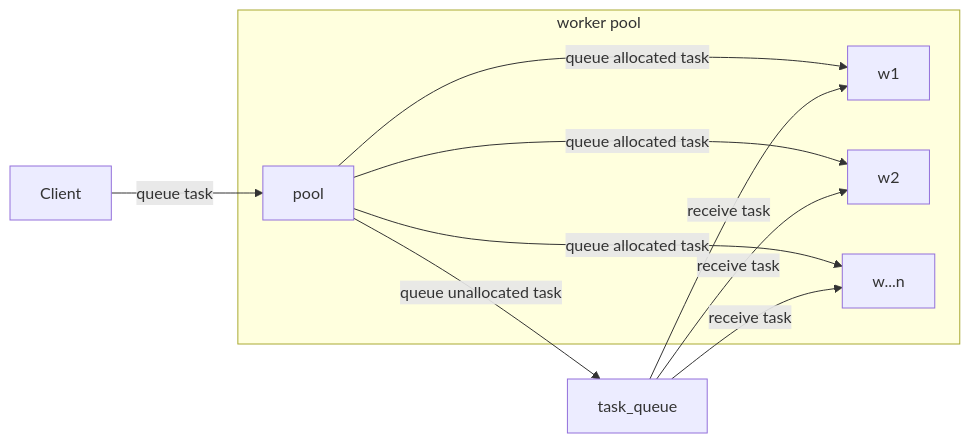
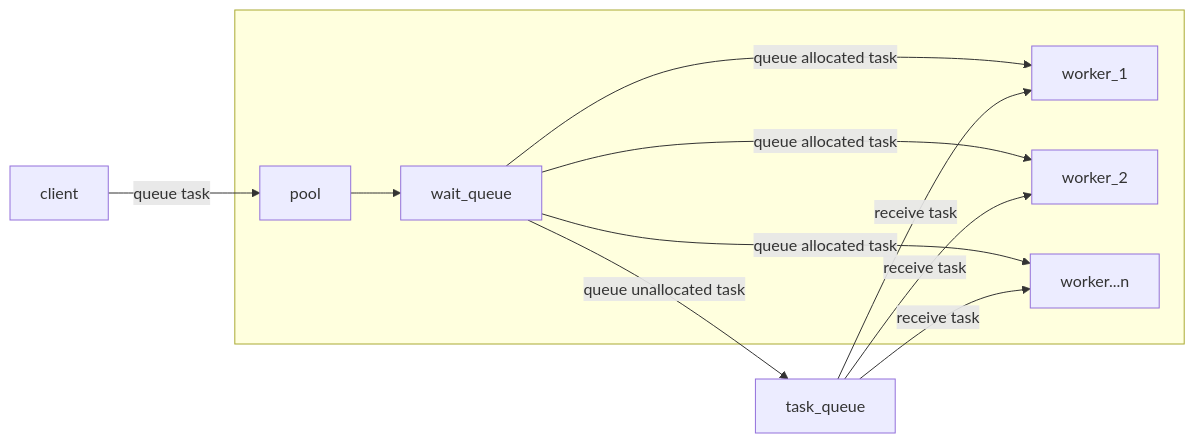
The first of 2 diagrams in README.md (joshjon/tsbenchmark), drawn with Mermaid before and after one commit. The commit also changed other lines of this file and 20 other files, not shown here.

````diff
--- a/README.md
+++ b/README.md
@@ -48,18 +78,21 @@
 ```mermaid
 flowchart LR;
-    Client--queue task-->pool;
-    subgraph worker pool
+    client--queue task-->pool;
+    pool-->wait_queue
+    subgraph  
+        wait_queue
         pool
-        w1
-        w2
-        w...n
+        worker_1
+        worker_2
+        worker...n
+        
     end
-    pool--queue unallocated task-->task_queue;
-    pool--queue allocated task-->w1;
-    pool--queue allocated task-->w2;
-    pool--queue allocated task-->w...n;
-    task_queue--receive task-->w1;
-    task_queue--receive task-->w2;
-    task_queue--receive task-->w...n;
+    wait_queue--queue unallocated task-->task_queue;
+    wait_queue--queue allocated task-->worker_1;
+    wait_queue--queue allocated task-->worker_2;
+    wait_queue--queue allocated task-->worker...n;
+    task_queue--receive task-->worker_1;
+    task_queue--receive task-->worker_2;
+    task_queue--receive task-->worker...n;
 
 ```
````
